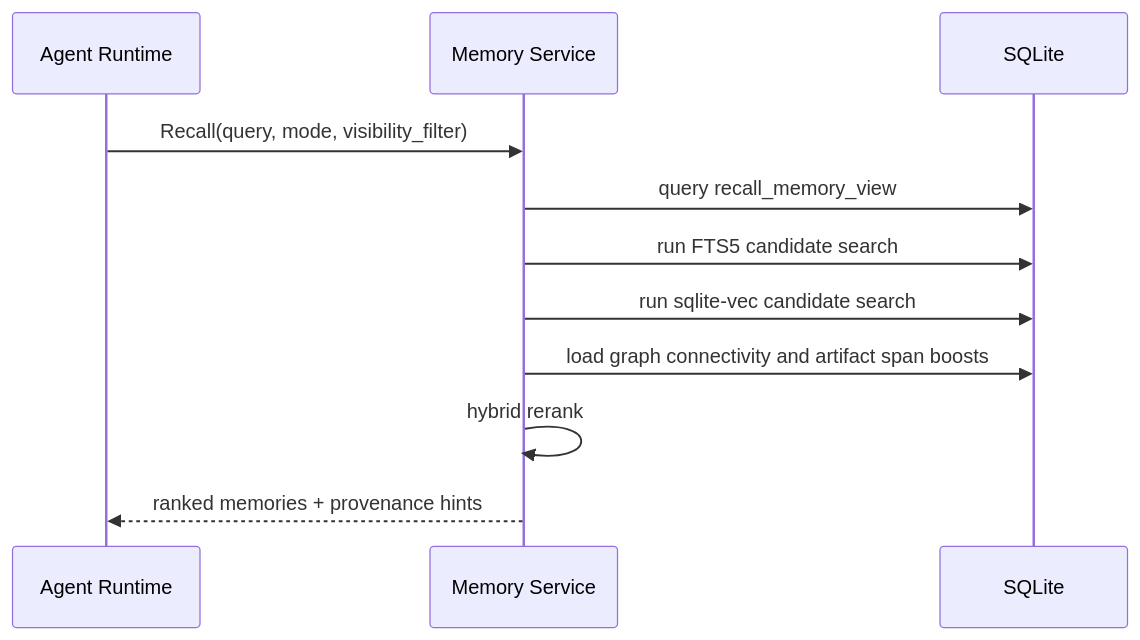
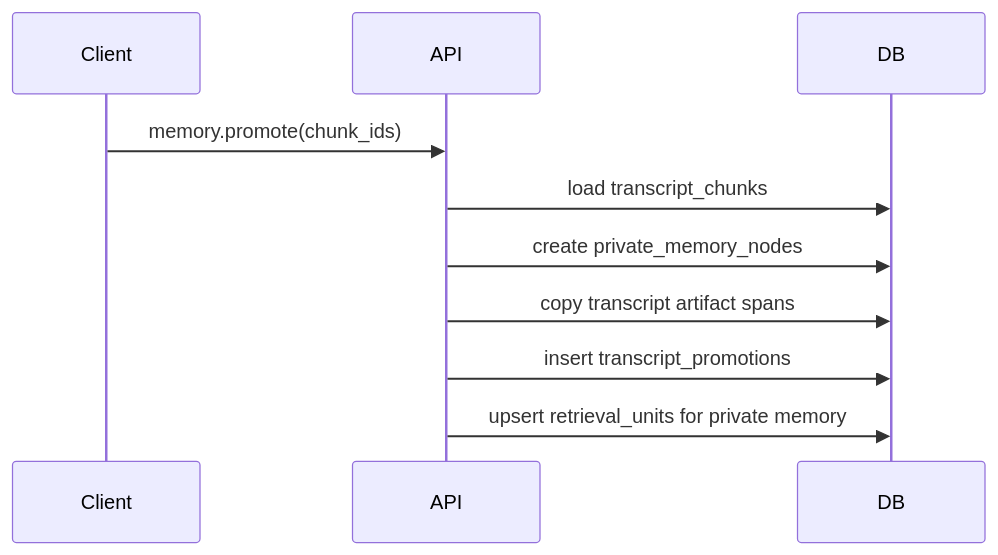
Before and after one commit to Taku315o/crdt-agent-memory: the third of 6 diagrams in docs/architecture/workflows.md, drawn with Mermaid. The commit also changed other lines of this file and 13 other files, not shown here.

````diff
--- a/docs/architecture/workflows.md
+++ b/docs/architecture/workflows.md
@@ -188,14 +46,13 @@
 ```mermaid
 sequenceDiagram
-    participant Agent as Agent Runtime
-    participant API as Memory Service
-    participant DB as SQLite
+    participant Client
+    participant API
+    participant DB
 
-    Agent->>API: Recall(query, mode, visibility_filter)
-    API->>DB: query recall_memory_view
-    API->>DB: run FTS5 candidate search
-    API->>DB: run sqlite-vec candidate search
-    API->>DB: load graph connectivity and artifact span boosts
-    API->>API: hybrid rerank
-    API-->>Agent: ranked memories + provenance hints
+    Client->>API: memory.promote(chunk_ids)
+    API->>DB: load transcript_chunks
+    API->>DB: create private_memory_nodes
+    API->>DB: copy transcript artifact spans
+    API->>DB: insert transcript_promotions
+    API->>DB: upsert retrieval_units for private memory
 ```
````
